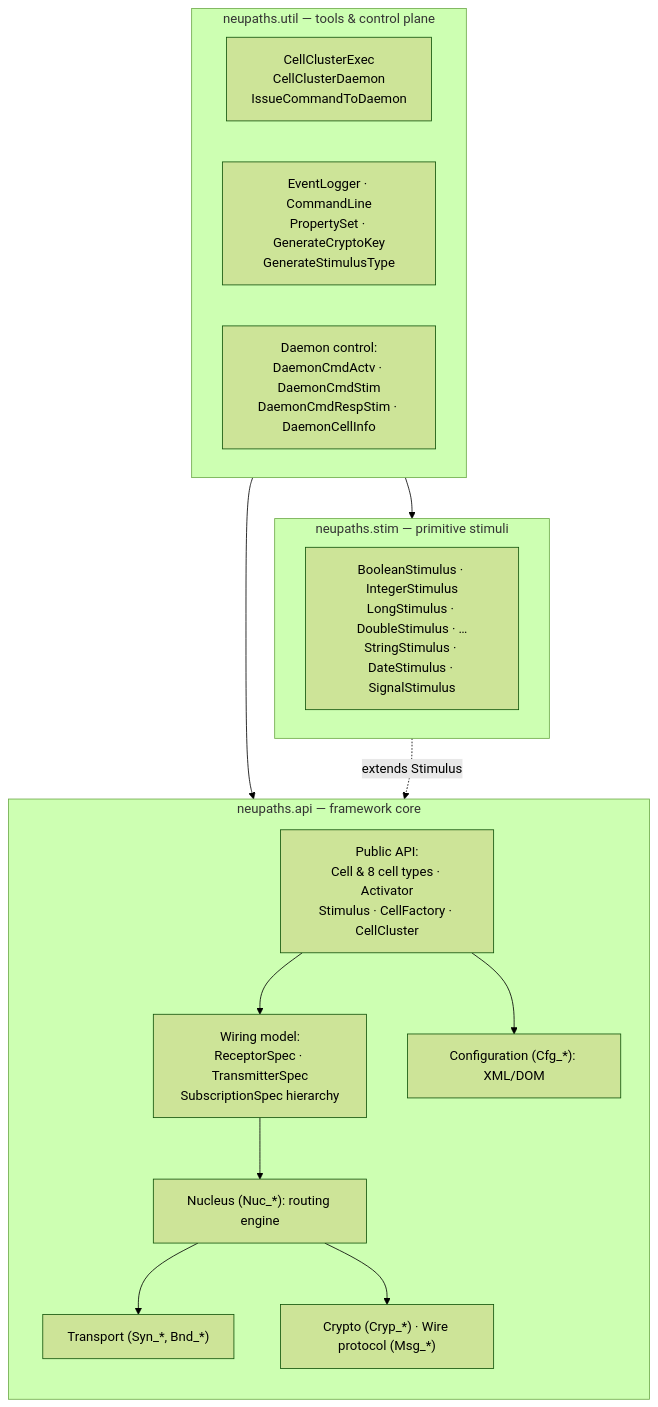
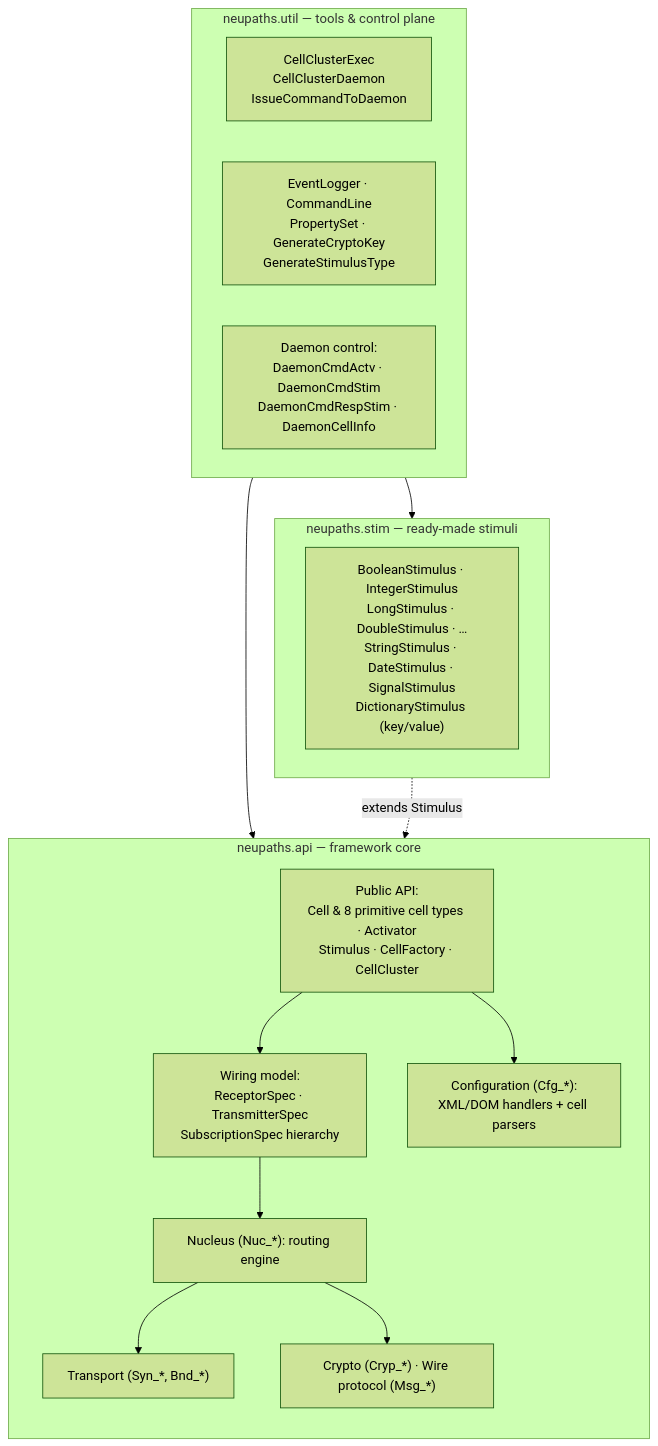
Before and after one commit to commence-software/NeuPaths2: the first of 4 diagrams in documents/design/01-architecture.md, drawn with Mermaid (forest theme). The commit also changed other lines of this file and 9 other files, not shown here.

````diff
--- a/documents/design/01-architecture.md
+++ b/documents/design/01-architecture.md
@@ -21,30 +21,30 @@
 ```mermaid
 flowchart TB
     subgraph util["neupaths.util — tools & control plane"]
         direction LR
         U1["CellClusterExec<br/>CellClusterDaemon<br/>IssueCommandToDaemon"]
         U2["EventLogger · CommandLine<br/>PropertySet · GenerateCryptoKey<br/>GenerateStimulusType"]
         U3["Daemon control:<br/>DaemonCmdActv · DaemonCmdStim<br/>DaemonCmdRespStim · DaemonCellInfo"]
     end
 
-    subgraph stim["neupaths.stim — primitive stimuli"]
-        S1["BooleanStimulus · IntegerStimulus<br/>LongStimulus · DoubleStimulus · …<br/>StringStimulus · DateStimulus · SignalStimulus"]
+    subgraph stim["neupaths.stim — ready-made stimuli"]
+        S1["BooleanStimulus · IntegerStimulus<br/>LongStimulus · DoubleStimulus · …<br/>StringStimulus · DateStimulus · SignalStimulus<br/>DictionaryStimulus (key/value)"]
     end
 
     subgraph api["neupaths.api — framework core"]
         direction TB
-        A1["Public API:<br/>Cell &amp; 8 cell types · Activator<br/>Stimulus · CellFactory · CellCluster"]
+        A1["Public API:<br/>Cell &amp; 8 primitive cell types · Activator<br/>Stimulus · CellFactory · CellCluster"]
         A2["Wiring model:<br/>ReceptorSpec · TransmitterSpec<br/>SubscriptionSpec hierarchy"]
         A3["Nucleus (Nuc_*): routing engine"]
         A4["Transport (Syn_*, Bnd_*)"]
         A5["Crypto (Cryp_*) · Wire protocol (Msg_*)"]
-        A6["Configuration (Cfg_*): XML/DOM"]
+        A6["Configuration (Cfg_*):<br/>XML/DOM handlers + cell parsers"]
         A1 --> A2 --> A3 --> A4
         A3 --> A5
         A1 --> A6
     end
 
     util --> api
     util --> stim
     stim -.->|extends Stimulus| api
 ```
````
